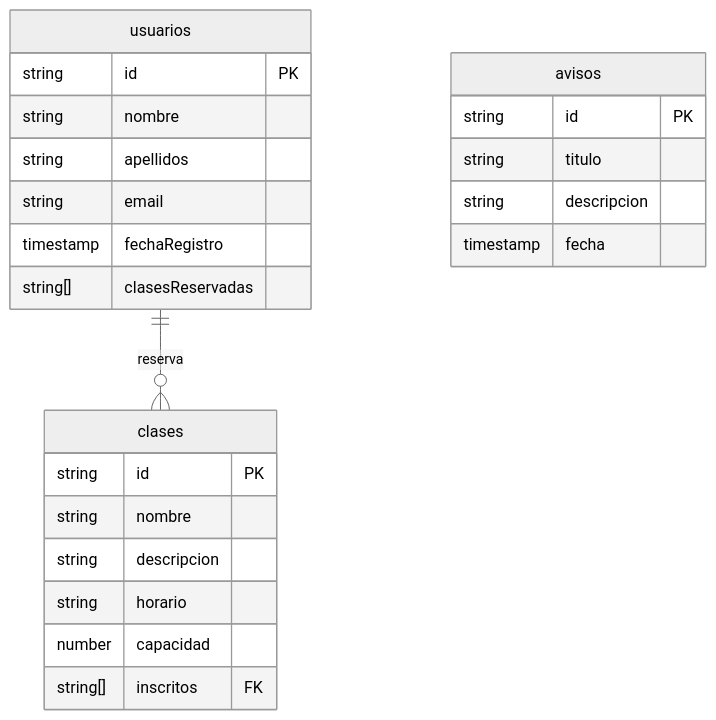
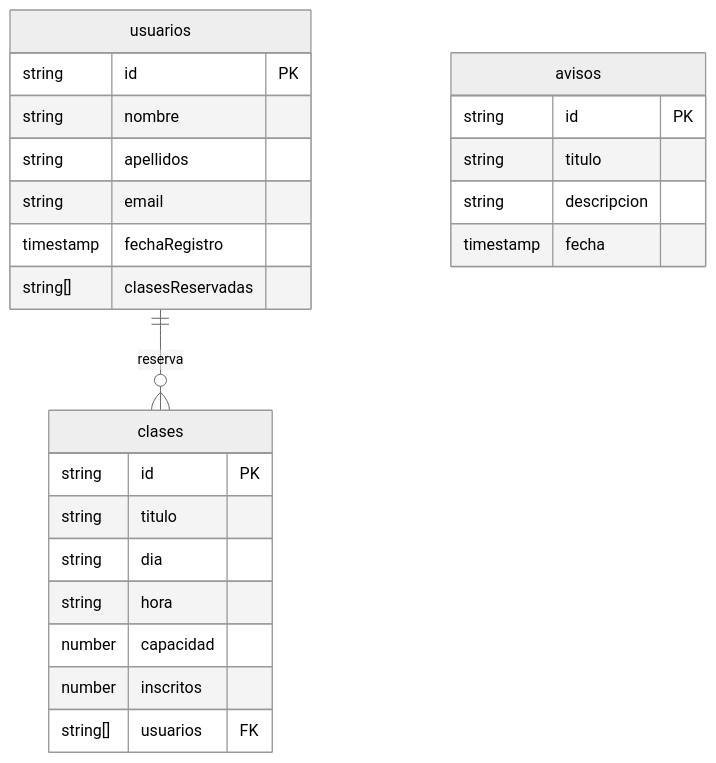
Before and after one commit to lizacode22/TFC: the second of 2 diagrams in README.md, drawn with Mermaid (neutral theme).

````diff
--- a/README.md
+++ b/README.md
@@ -106,29 +106,30 @@
 ```mermaid
 erDiagram
     usuarios {
         string id PK
         string nombre
         string apellidos
         string email
         timestamp fechaRegistro
         string[] clasesReservadas
     }
 
     clases {
         string id PK
-        string nombre
-        string descripcion
-        string horario
+        string titulo
+        string dia
+        string hora
         number capacidad
-        string[] inscritos FK
+        number inscritos
+        string[] usuarios FK
     }
 
     avisos {
         string id PK
         string titulo
         string descripcion
         timestamp fecha
     }
 
     usuarios ||--o{ clases : "reserva"
 ```
````
